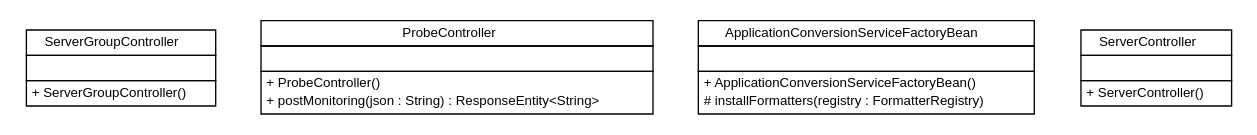
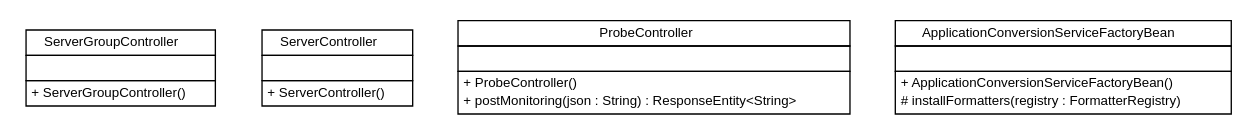
Before and after one commit to serene-project/serene-collector: the diagram in apidocs/net/sereneproject/collector/web/net.sereneproject.collector.web.dot, drawn with Graphviz. The commit also changed 337 other files, not shown here.

```diff
--- a/apidocs/net/sereneproject/collector/web/net.sereneproject.collector.web.dot
+++ b/apidocs/net/sereneproject/collector/web/net.sereneproject.collector.web.dot
@@ -1,62 +1,62 @@
 #!/usr/local/bin/dot
 #
 # Class diagram 
 # Generated by UMLGraph version 5.1 (http://www.umlgraph.org/)
 #
 
 digraph G {
 	edge [fontname="Helvetica",fontsize=10,labelfontname="Helvetica",labelfontsize=10];
 	node [fontname="Helvetica",fontsize=10,shape=plaintext];
 	nodesep=0.25;
 	ranksep=0.5;
 	// net.sereneproject.collector.web.ServerGroupController
-	c18 [label=<<table title="net.sereneproject.collector.web.ServerGroupController" border="0" cellborder="1" cellspacing="0" cellpadding="2" port="p" href="./ServerGroupController.html">
+	c115 [label=<<table title="net.sereneproject.collector.web.ServerGroupController" border="0" cellborder="1" cellspacing="0" cellpadding="2" port="p" href="./ServerGroupController.html">
 		<tr><td><table border="0" cellspacing="0" cellpadding="1">
 <tr><td align="center" balign="center"> ServerGroupController </td></tr>
 		</table></td></tr>
 		<tr><td><table border="0" cellspacing="0" cellpadding="1">
 <tr><td align="left" balign="left">  </td></tr>
 		</table></td></tr>
 		<tr><td><table border="0" cellspacing="0" cellpadding="1">
 <tr><td align="left" balign="left"> + ServerGroupController() </td></tr>
 		</table></td></tr>
 		</table>>, fontname="Helvetica", fontcolor="black", fontsize=10.0];
+	// net.sereneproject.collector.web.ServerController
+	c116 [label=<<table title="net.sereneproject.collector.web.ServerController" border="0" cellborder="1" cellspacing="0" cellpadding="2" port="p" href="./ServerController.html">
+		<tr><td><table border="0" cellspacing="0" cellpadding="1">
+<tr><td align="center" balign="center"> ServerController </td></tr>
+		</table></td></tr>
+		<tr><td><table border="0" cellspacing="0" cellpadding="1">
+<tr><td align="left" balign="left">  </td></tr>
+		</table></td></tr>
+		<tr><td><table border="0" cellspacing="0" cellpadding="1">
+<tr><td align="left" balign="left"> + ServerController() </td></tr>
+		</table></td></tr>
+		</table>>, fontname="Helvetica", fontcolor="black", fontsize=10.0];
 	// net.sereneproject.collector.web.ProbeController
-	c19 [label=<<table title="net.sereneproject.collector.web.ProbeController" border="0" cellborder="1" cellspacing="0" cellpadding="2" port="p" href="./ProbeController.html">
+	c117 [label=<<table title="net.sereneproject.collector.web.ProbeController" border="0" cellborder="1" cellspacing="0" cellpadding="2" port="p" href="./ProbeController.html">
 		<tr><td><table border="0" cellspacing="0" cellpadding="1">
 <tr><td align="center" balign="center"> ProbeController </td></tr>
 		</table></td></tr>
 		<tr><td><table border="0" cellspacing="0" cellpadding="1">
 <tr><td align="left" balign="left">  </td></tr>
 		</table></td></tr>
 		<tr><td><table border="0" cellspacing="0" cellpadding="1">
 <tr><td align="left" balign="left"> + ProbeController() </td></tr>
 <tr><td align="left" balign="left"> + postMonitoring(json : String) : ResponseEntity&lt;String&gt; </td></tr>
 		</table></td></tr>
 		</table>>, fontname="Helvetica", fontcolor="black", fontsize=10.0];
 	// net.sereneproject.collector.web.ApplicationConversionServiceFactoryBean
-	c20 [label=<<table title="net.sereneproject.collector.web.ApplicationConversionServiceFactoryBean" border="0" cellborder="1" cellspacing="0" cellpadding="2" port="p" href="./ApplicationConversionServiceFactoryBean.html">
+	c118 [label=<<table title="net.sereneproject.collector.web.ApplicationConversionServiceFactoryBean" border="0" cellborder="1" cellspacing="0" cellpadding="2" port="p" href="./ApplicationConversionServiceFactoryBean.html">
 		<tr><td><table border="0" cellspacing="0" cellpadding="1">
 <tr><td align="center" balign="center"> ApplicationConversionServiceFactoryBean </td></tr>
 		</table></td></tr>
 		<tr><td><table border="0" cellspacing="0" cellpadding="1">
 <tr><td align="left" balign="left">  </td></tr>
 		</table></td></tr>
 		<tr><td><table border="0" cellspacing="0" cellpadding="1">
 <tr><td align="left" balign="left"> + ApplicationConversionServiceFactoryBean() </td></tr>
 <tr><td align="left" balign="left"> # installFormatters(registry : FormatterRegistry) </td></tr>
 		</table></td></tr>
 		</table>>, fontname="Helvetica", fontcolor="black", fontsize=10.0];
-	// net.sereneproject.collector.web.ServerController
-	c21 [label=<<table title="net.sereneproject.collector.web.ServerController" border="0" cellborder="1" cellspacing="0" cellpadding="2" port="p" href="./ServerController.html">
-		<tr><td><table border="0" cellspacing="0" cellpadding="1">
-<tr><td align="center" balign="center"> ServerController </td></tr>
-		</table></td></tr>
-		<tr><td><table border="0" cellspacing="0" cellpadding="1">
-<tr><td align="left" balign="left">  </td></tr>
-		</table></td></tr>
-		<tr><td><table border="0" cellspacing="0" cellpadding="1">
-<tr><td align="left" balign="left"> + ServerController() </td></tr>
-		</table></td></tr>
-		</table>>, fontname="Helvetica", fontcolor="black", fontsize=10.0];
 }
```
